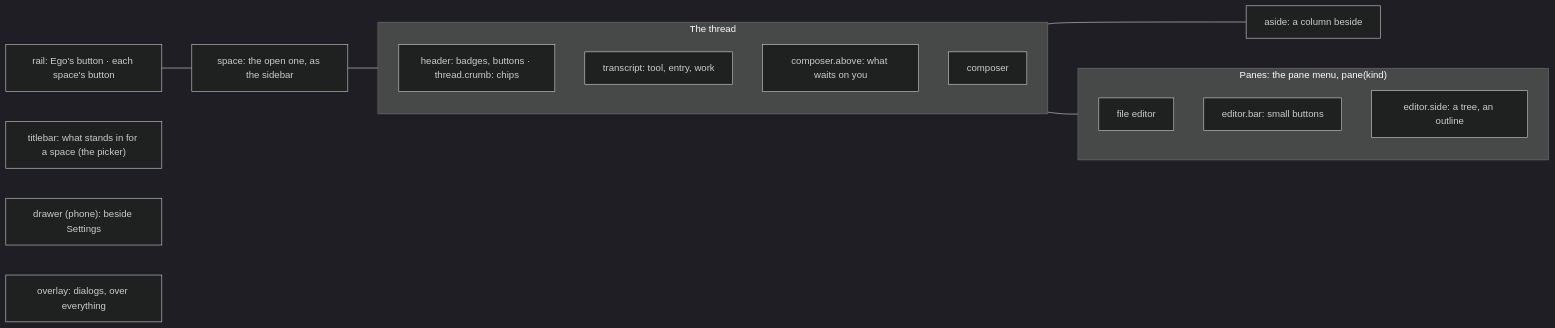
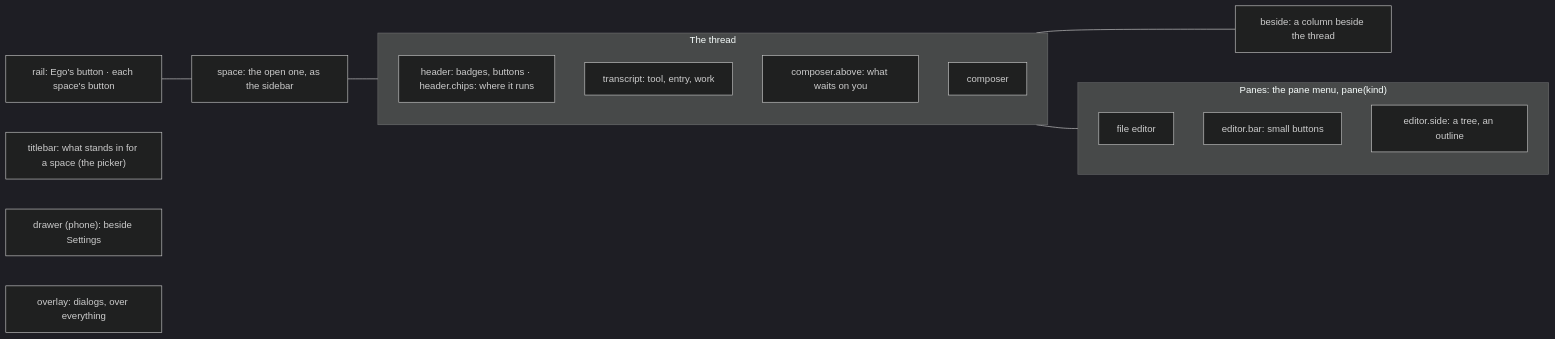
The diagram in packages/cli/skill/guide/places.mmd (githubnext/superego), drawn with Mermaid (dark theme) before and after one commit. The commit also changed 54 other files, not shown here.

First line of the commit message:
Name the window's places plainly: beside, header.chips, details.section, a sidebar shown or hidden

```diff
--- a/packages/cli/skill/guide/places.mmd
+++ b/packages/cli/skill/guide/places.mmd
@@ -1,19 +1,19 @@
 flowchart LR
   rail["rail: Ego's button · each space's button"] --- space["space: the open one, as the sidebar"]
   space --- thread
   subgraph thread["The thread"]
-    header["header: badges, buttons · thread.crumb: chips"]
+    header["header: badges, buttons · header.chips: where it runs"]
     transcript["transcript: tool, entry, work"]
     above["composer.above: what waits on you"]
     composer["composer"]
   end
-  thread --- aside["aside: a column beside"]
+  thread --- beside["beside: a column beside the thread"]
   thread --- panes
   subgraph panes["Panes: the pane menu, pane(kind)"]
     editor["file editor"]
     bar["editor.bar: small buttons"]
     side["editor.side: a tree, an outline"]
   end
   titlebar["titlebar: what stands in for a space (the picker)"]
   drawer["drawer (phone): beside Settings"]
   overlay["overlay: dialogs, over everything"]
```
